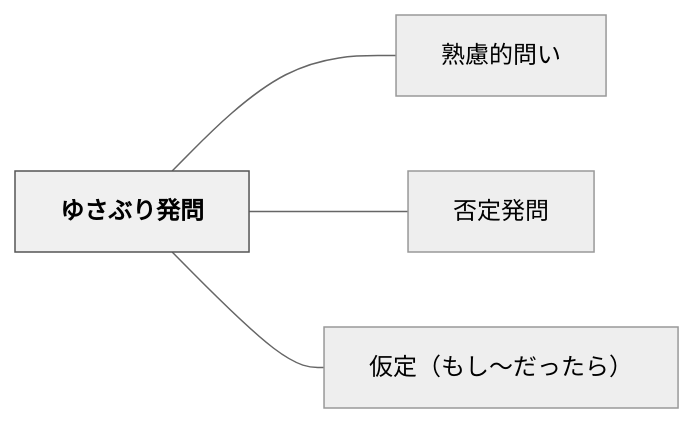
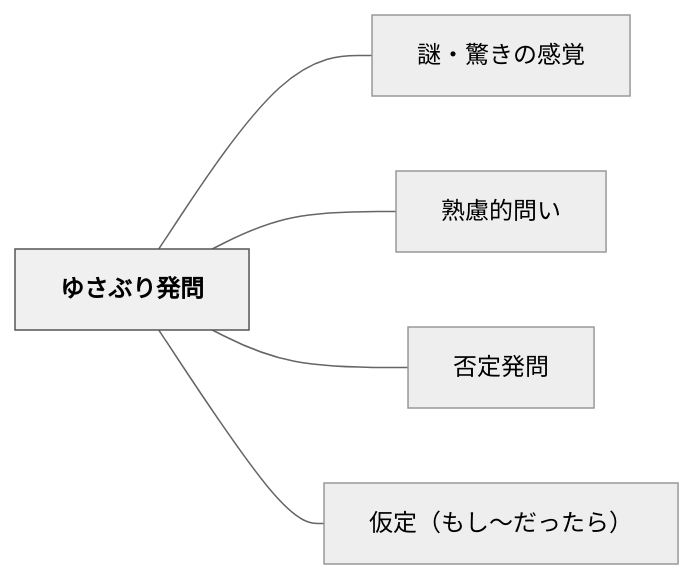
Before and after one commit to unknownthings-ed-patterns/unknownthings-ed-patterns: the diagram in content/パタン/ゆさぶり発問.md, drawn with Mermaid (neutral theme). The commit also changed other lines of this file and 473 other files, not shown here.

````diff
--- a/content/パタン/ゆさぶり発問.md
+++ b/content/パタン/ゆさぶり発問.md
@@ -40,14 +41,16 @@
 ```mermaid
 flowchart LR
     ne38286e38195["ゆさぶり発問"]
+    ne8ac8ee383bb["謎・驚きの感覚"]
     ne7869fe685ae["熟慮的問い"]
     ne590a6e5ae9a["否定発問"]
     ne4bbaee5ae9a["仮定（もし〜だったら）"]
 
+    ne38286e38195 --- ne8ac8ee383bb
     ne38286e38195 --- ne7869fe685ae
     ne38286e38195 --- ne590a6e5ae9a
     ne38286e38195 --- ne4bbaee5ae9a
 
     classDef hub fill:#f0f0f0,stroke:#555,color:#000,font-weight:bold
     class ne38286e38195 hub
 ```
````
